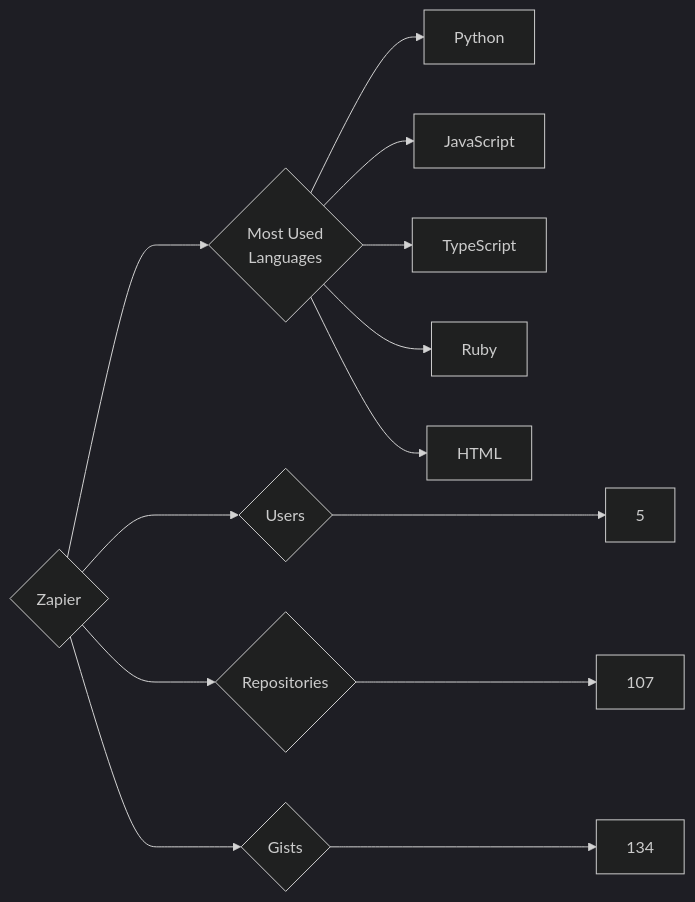
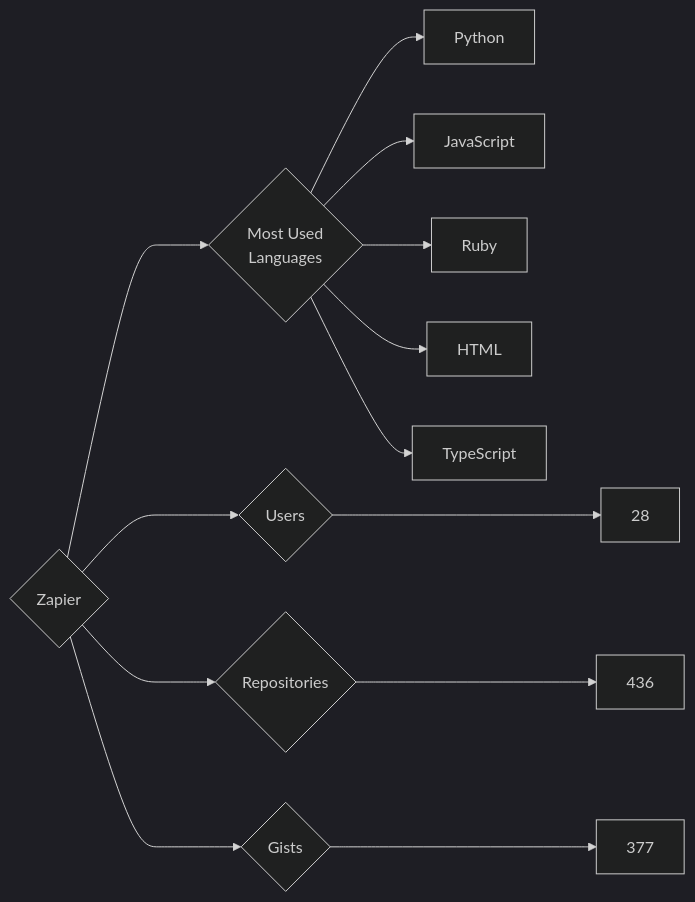
The diagram in targets/Zapier/README.md (trickest/insiders), drawn with Mermaid (dark theme) before and after one commit. The commit also changed 851 other files, not shown here.

````diff
--- a/targets/Zapier/README.md
+++ b/targets/Zapier/README.md
@@ -3,13 +3,13 @@
 ```mermaid
 graph LR
 COMPANY_NAME{Zapier}
-COMPANY_NAME ---> U{Users} ---> UN[5]
-COMPANY_NAME ---> R{Repositories} ---> RN[107]
-COMPANY_NAME ---> G{Gists} ---> GN[134]
+COMPANY_NAME ---> U{Users} ---> UN[28]
+COMPANY_NAME ---> R{Repositories} ---> RN[436]
+COMPANY_NAME ---> G{Gists} ---> GN[377]
 COMPANY_NAME ---> ML{Most Used<br>Languages}
 ML --> Python[Python]
 ML --> JavaScript[JavaScript]
-ML --> TypeScript[TypeScript]
 ML --> Ruby[Ruby]
 ML --> HTML[HTML]
+ML --> TypeScript[TypeScript]
 ```
````
